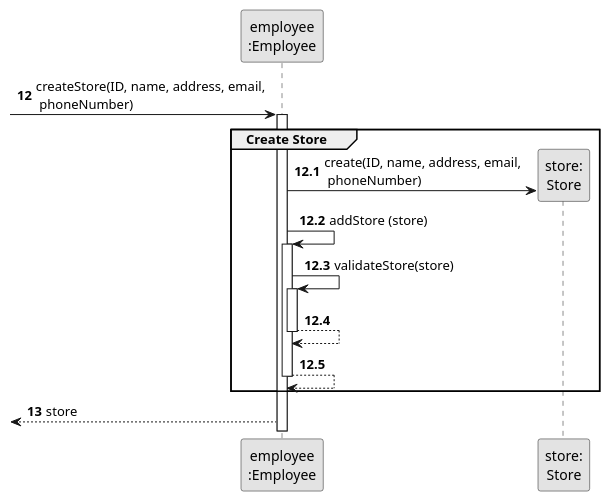
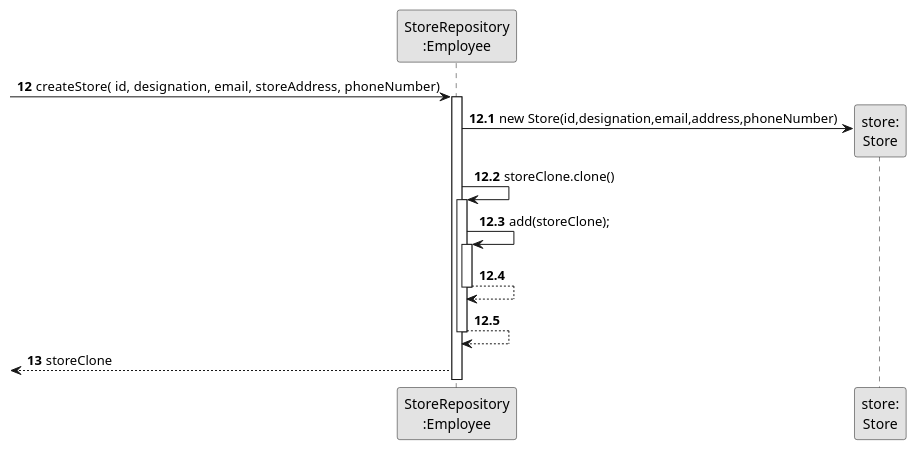
Before and after one commit to Shushizinho/RealEstateUSASystem: the diagram in docs/sprintD/us005/03.design/puml/us005-sequence-diagram-partial-create-store.puml, drawn with PlantUML. The commit also changed 7 other files, not shown here.

Commit message:
update US5 UI, Rep and SD (As a system administrator, I want to register a store.)

```diff
--- a/docs/sprintD/us005/03.design/puml/us005-sequence-diagram-partial-create-store.puml
+++ b/docs/sprintD/us005/03.design/puml/us005-sequence-diagram-partial-create-store.puml
@@ -1,33 +1,33 @@
 @startuml
 skinparam monochrome true
 skinparam packageStyle rectangle
 skinparam shadowing false
 
 
 autonumber 12
 
-participant "employee\n:Employee" as REP
+participant "StoreRepository\n:Employee" as REP
 participant "store:\nStore" as Str
-        -> REP: createStore(ID, name, address, email,\n phoneNumber)
+        -> REP: createStore( id,  designation,  email, storeAddress, phoneNumber)
                     activate REP
-                    group Create Store
+
                     autonumber 12.1
 
-                       REP -> Str** : create(ID, name, address, email,\n phoneNumber)
+                       REP -> Str** : new Store(id,designation,email,address,phoneNumber)
 
-                       REP -> REP: addStore (store)
+                        REP -> REP: storeClone.clone()
 
 
                        activate REP
-                           REP -> REP: validateStore(store)
+                           REP -> REP: add(storeClone);
                            activate REP
                                REP --> REP
                            deactivate REP
 
                            REP --> REP
                        deactivate REP
-                    end group
+
                     autonumber 13
-                    <-- REP: store
+                    <-- REP: storeClone
 
 @enduml
```
